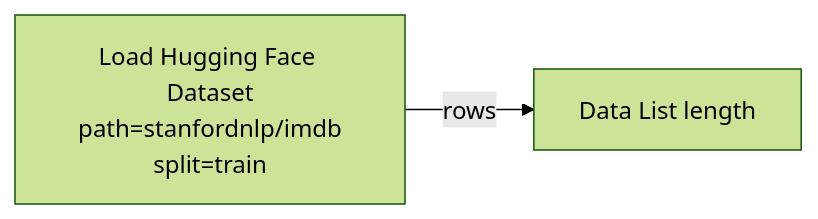
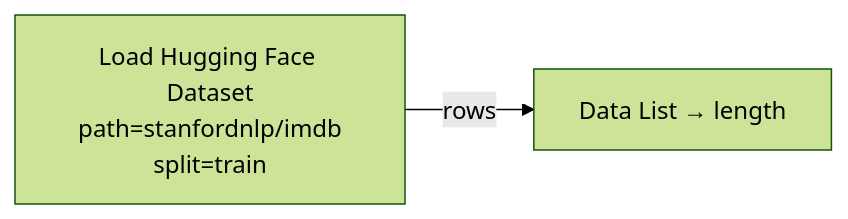
One commit to StableLlama/ComfyUI-huggingface_dataset changed the first of 5 diagrams in README.md. Above: the diagram before and after it, drawn with Mermaid (forest theme). The commit also changed other lines of this file and 5 other files, not shown here.

````diff
--- a/README.md
+++ b/README.md
@@ -152,4 +153,4 @@
 ```mermaid
 flowchart LR
-    A[Load Hugging Face Dataset<br/>path=stanfordnlp/imdb<br/>split=train] -->|rows| B[Data List length]
+    A[Load Hugging Face Dataset<br/>path=stanfordnlp/imdb<br/>split=train] -->|rows| B[Data List → length]
 ```
````
